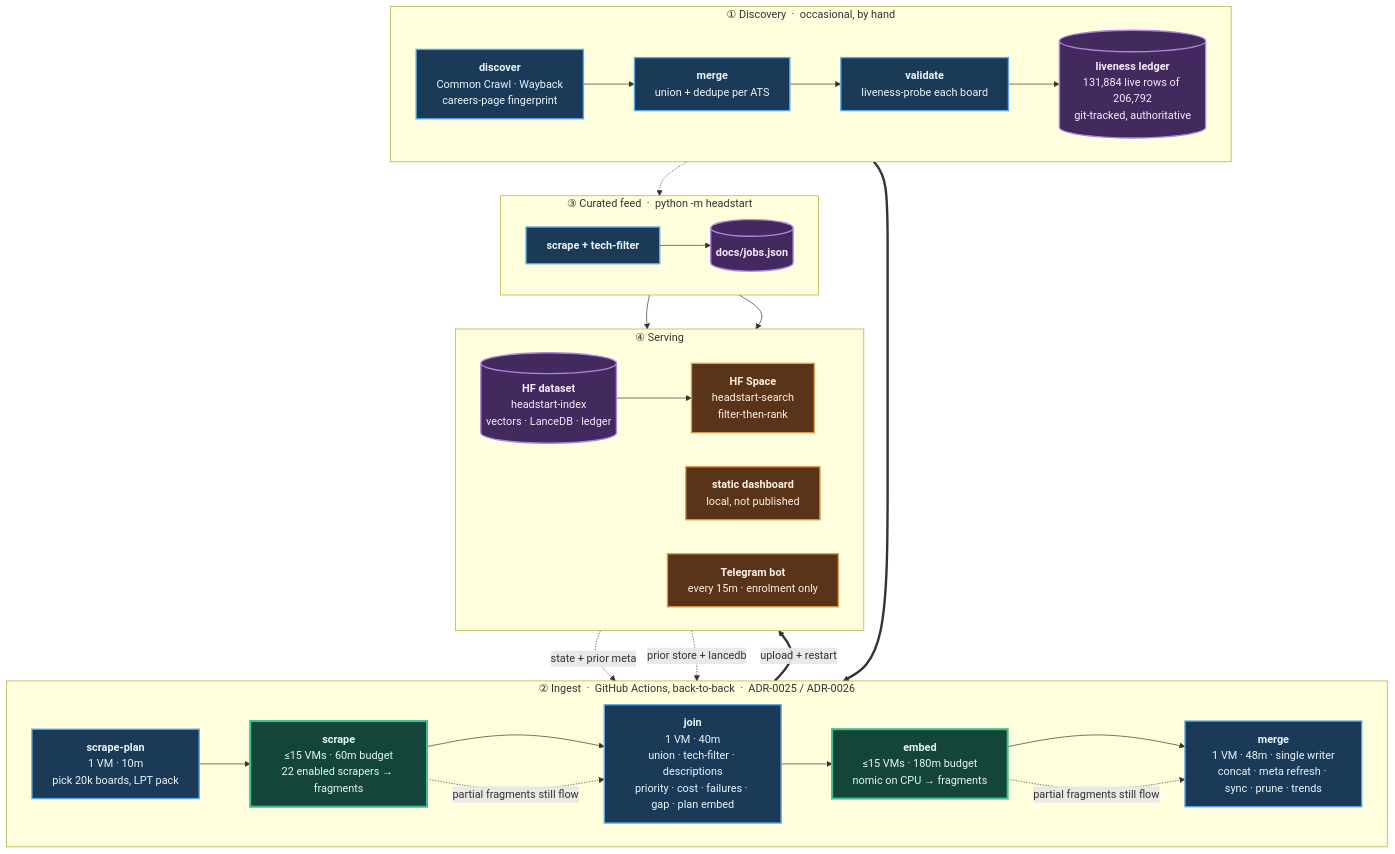
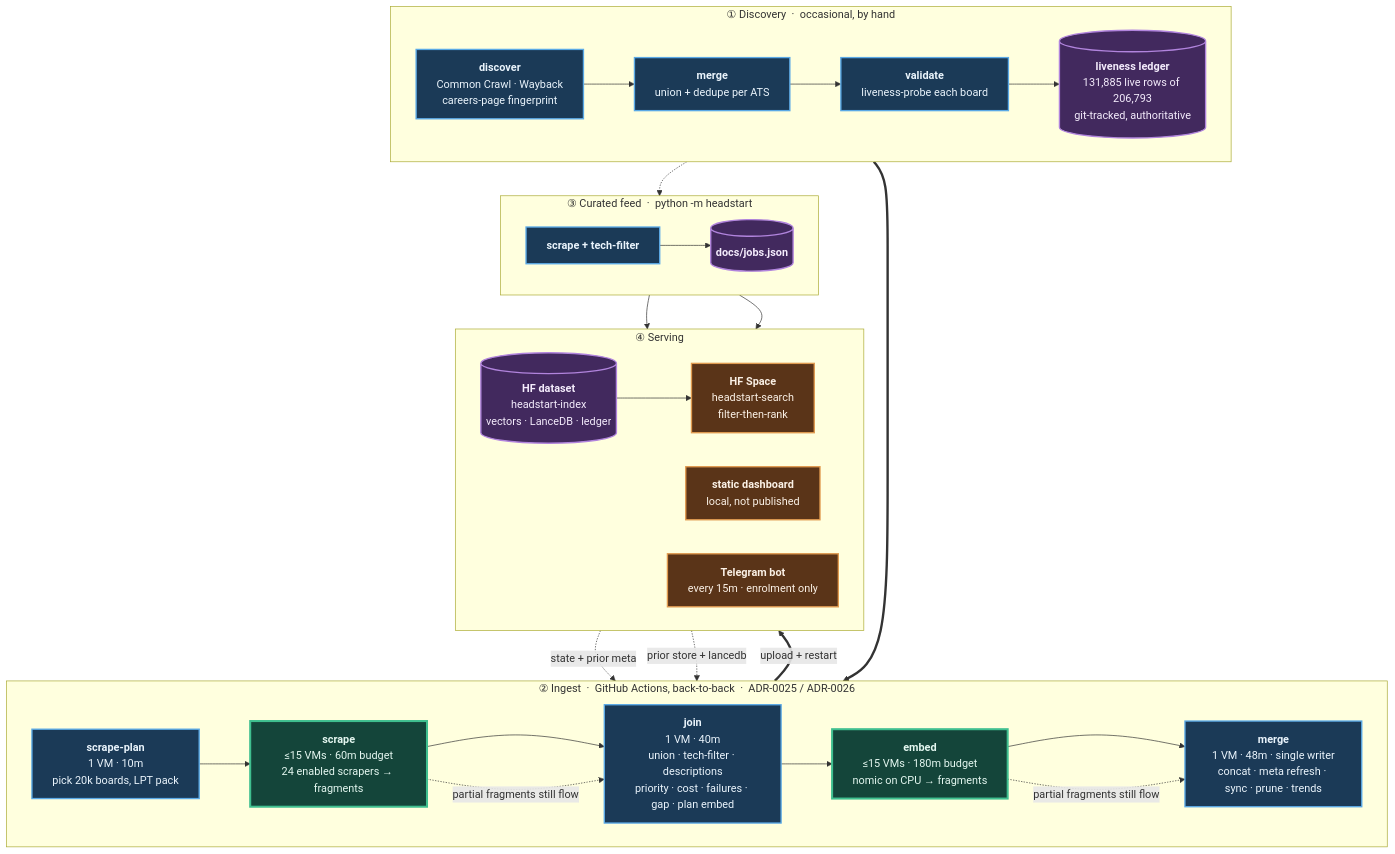
The diagram in README.md (sarthakjain004/headstart), drawn with Mermaid before and after one commit. The commit also changed other lines of this file and 8 other files, not shown here.

````diff
--- a/README.md
+++ b/README.md
@@ -84,56 +84,56 @@
 ```mermaid
 flowchart TB
     subgraph D["① Discovery &nbsp;·&nbsp; occasional, by hand"]
         direction LR
         D1["<b>discover</b><br/>Common Crawl · Wayback<br/>careers-page fingerprint"]
         D2["<b>merge</b><br/>union + dedupe per ATS"]
         D3["<b>validate</b><br/>liveness-probe each board"]
-        D4[("<b>liveness ledger</b><br/>131,884 live rows of 206,792<br/>git-tracked, authoritative")]
+        D4[("<b>liveness ledger</b><br/>131,885 live rows of 206,793<br/>git-tracked, authoritative")]
         D1 --> D2 --> D3 --> D4
     end
 
     subgraph P["② Ingest &nbsp;·&nbsp; GitHub Actions, back-to-back &nbsp;·&nbsp; ADR-0025 / ADR-0026"]
         direction LR
         P1["<b>scrape-plan</b><br/>1 VM · 10m<br/>pick 20k boards, LPT pack"]
-        P2["<b>scrape</b><br/>≤15 VMs · 60m budget<br/>22 enabled scrapers → fragments"]
+        P2["<b>scrape</b><br/>≤15 VMs · 60m budget<br/>24 enabled scrapers → fragments"]
         P3["<b>join</b><br/>1 VM · 40m<br/>union · tech-filter · descriptions<br/>priority · cost · failures · gap · plan embed"]
         P4["<b>embed</b><br/>≤15 VMs · 180m budget<br/>nomic on CPU → fragments"]
         P5["<b>merge</b><br/>1 VM · 48m · single writer<br/>concat · meta refresh · sync · prune · trends"]
         P1 --> P2 --> P3 --> P4 --> P5
     end
 
     subgraph F["③ Curated feed &nbsp;·&nbsp; python -m headstart"]
         direction LR
         F1["<b>scrape + tech-filter</b>"]
         F2[("<b>docs/jobs.json</b>")]
         F1 --> F2
     end
 
     subgraph S["④ Serving"]
         direction LR
         S1[("<b>HF dataset</b><br/>headstart-index<br/>vectors · LanceDB · ledger")]
         S2["<b>HF Space</b><br/>headstart-search<br/>filter-then-rank"]
         S3["<b>static dashboard</b><br/>local, not published"]
         S4["<b>Telegram bot</b><br/>every 15m · enrolment only"]
         S1 --> S2
     end
 
     D4 ==> P1
     S1 -. "state + prior meta" .-> P1
     S1 -. "prior store + lancedb" .-> P5
     D4 -.-> F1
     P5 ==>|"upload + restart"| S1
     F2 --> S3
     F2 --> S4
     P2 -. "partial fragments still flow" .-> P3
     P4 -. "partial fragments still flow" .-> P5
 
     classDef serial fill:#1b3a57,stroke:#5aa9e6,stroke-width:2px,color:#eaf4fc
     classDef fan fill:#14453a,stroke:#3fbf8f,stroke-width:3px,color:#e4f7f0
     classDef store fill:#42295e,stroke:#b184dd,stroke-width:2px,color:#f4ecfc
     classDef serve fill:#5a3418,stroke:#e09a4f,stroke-width:2px,color:#fbf1e6
     class D1,D2,D3,P1,P3,P5,F1 serial
     class P2,P4 fan
     class D4,F2,S1 store
     class S2,S3,S4 serve
 ```
````
